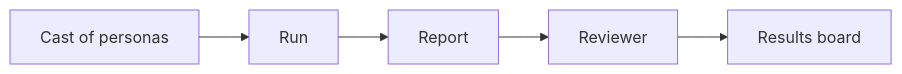
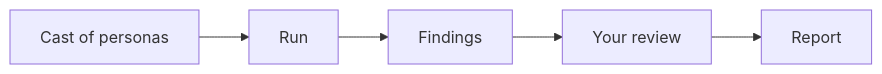
One commit to dummy-run/dummy-run changed the diagram in site/content/how-it-works.md. Above: the diagram before and after it, drawn with Mermaid. The commit also changed other lines of this file and 64 other files, not shown here.

````diff
--- a/site/content/how-it-works.md
+++ b/site/content/how-it-works.md
@@ -18,4 +18,4 @@
 ```mermaid
 flowchart LR
-    A[Cast of personas] --> B[Run] --> C[Report] --> D[Reviewer] --> E[Results board]
+    A[Cast of personas] --> B[Run] --> C[Findings] --> D[Your review] --> E[Report]
 ```
````
